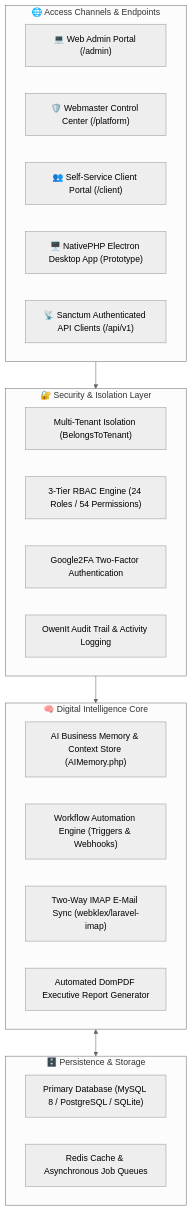
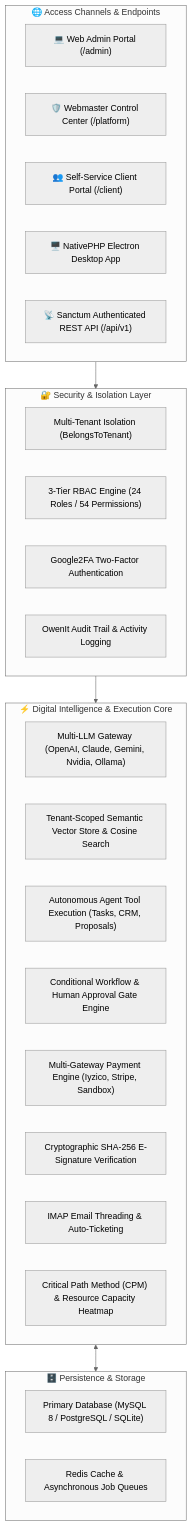
Before and after one commit to adacreativeco/NexusADA: the diagram in README.md, drawn with Mermaid (neutral theme). The commit also changed other lines of this file and 26 other files, not shown here.

Commit message:
feat: implement enterprise multi-LLM gateway, vector memory, conditional workflows, payment gateways, e-signatures, email intelligence, CPM planning, and 60 passing tests

````diff
--- a/README.md
+++ b/README.md
@@ -84,33 +35,37 @@
 ```mermaid
 flowchart TD
     subgraph ClientAccess["🌐 Access Channels & Endpoints"]
         WebAdmin["💻 Web Admin Portal (/admin)"]
         Webmaster["🛡️ Webmaster Control Center (/platform)"]
         ClientPortal["👥 Self-Service Client Portal (/client)"]
-        DesktopApp["🖥️ NativePHP Electron Desktop App (Prototype)"]
-        RESTClients["📡 Sanctum Authenticated API Clients (/api/v1)"]
+        DesktopApp["🖥️ NativePHP Electron Desktop App"]
+        RESTClients["📡 Sanctum Authenticated REST API (/api/v1)"]
     end
 
     subgraph SecurityLayer["🔐 Security & Isolation Layer"]
         TenantScope["Multi-Tenant Isolation (BelongsToTenant)"]
         RBAC["3-Tier RBAC Engine (24 Roles / 54 Permissions)"]
         TwoFactor["Google2FA Two-Factor Authentication"]
         AuditTrail["OwenIt Audit Trail & Activity Logging"]
     end
 
-    subgraph CoreServices["🧠 Digital Intelligence Core"]
-        AIMemory["AI Business Memory & Context Store (AIMemory.php)"]
-        Automation["Workflow Automation Engine (Triggers & Webhooks)"]
-        ImapSync["Two-Way IMAP E-Mail Sync (webklex/laravel-imap)"]
-        PdfEngine["Automated DomPDF Executive Report Generator"]
+    subgraph CoreEngines["⚡ Digital Intelligence & Execution Core"]
+        AIGateway["Multi-LLM Gateway (OpenAI, Claude, Gemini, Nvidia, Ollama)"]
+        VectorStore["Tenant-Scoped Semantic Vector Store & Cosine Search"]
+        ToolRegistry["Autonomous Agent Tool Execution (Tasks, CRM, Proposals)"]
+        WorkflowDAG["Conditional Workflow & Human Approval Gate Engine"]
+        PaymentEngine["Multi-Gateway Payment Engine (Iyzico, Stripe, Sandbox)"]
+        DigitalSign["Cryptographic SHA-256 E-Signature Verification"]
+        EmailIntel["IMAP Email Threading & Auto-Ticketing"]
+        CPMEngine["Critical Path Method (CPM) & Resource Capacity Heatmap"]
     end
 
     subgraph DataLayer["🗄️ Persistence & Storage"]
         MySQL["Primary Database (MySQL 8 / PostgreSQL / SQLite)"]
         Redis["Redis Cache & Asynchronous Job Queues"]
     end
 
     ClientAccess --> SecurityLayer
-    SecurityLayer --> CoreServices
-    CoreServices <--> DataLayer
+    SecurityLayer --> CoreEngines
+    CoreEngines <--> DataLayer
 ```
````
